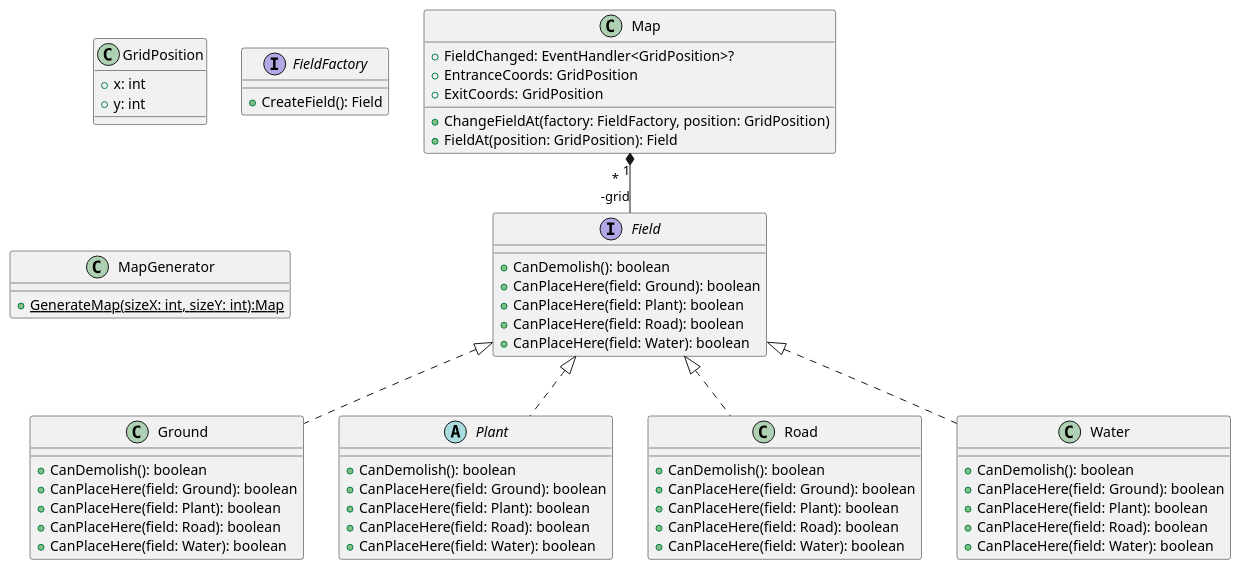
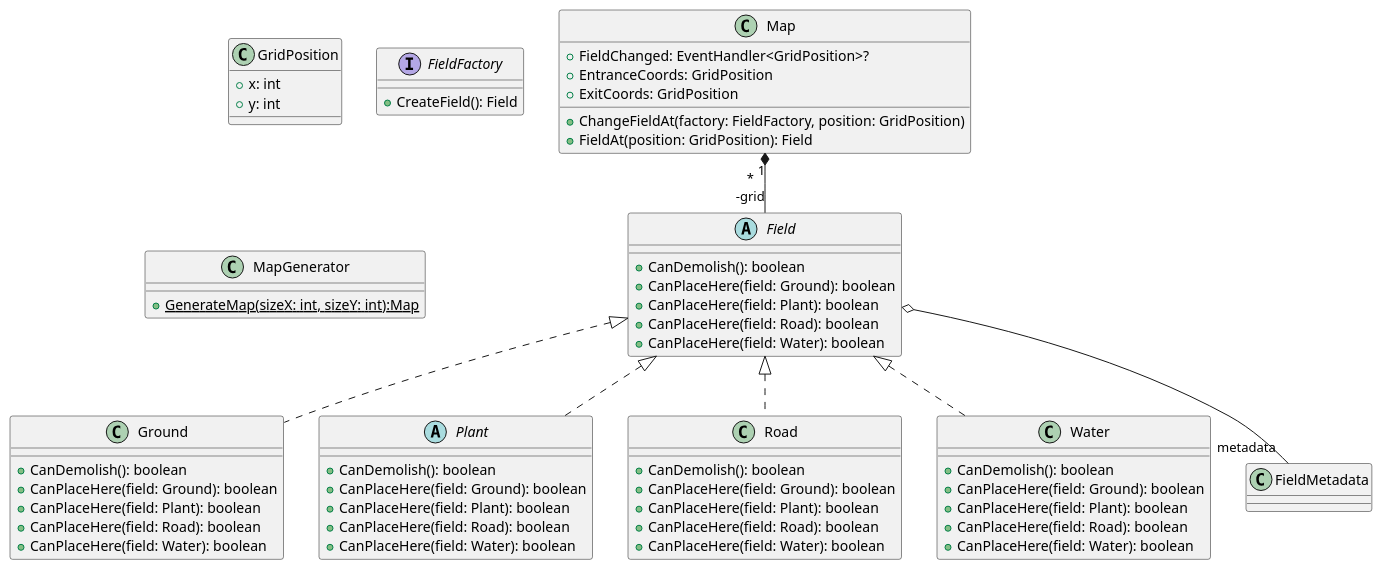
One commit to Peter-Balint/SafariGame changed the diagram in class-diagram/model/map.plantuml. Above: the diagram before and after it, drawn with PlantUML. The commit also changed 2 other files, not shown here.

```diff
--- a/class-diagram/model/map.plantuml
+++ b/class-diagram/model/map.plantuml
@@ -1,73 +1,74 @@
 @startuml mapUml
 class Map{
     +FieldChanged: EventHandler<GridPosition>?
     +EntranceCoords: GridPosition
     +ExitCoords: GridPosition
     +ChangeFieldAt(factory: FieldFactory, position: GridPosition)
     +FieldAt(position: GridPosition): Field
 }
 
 class GridPosition{
     +x: int
     +y: int
 }
 
-interface Field{
+abstract class Field{
     +CanDemolish(): boolean
     +CanPlaceHere(field: Ground): boolean
     +CanPlaceHere(field: Plant): boolean
     +CanPlaceHere(field: Road): boolean
     +CanPlaceHere(field: Water): boolean
 
 }
 
 class Ground{
     +CanDemolish(): boolean
     +CanPlaceHere(field: Ground): boolean
     +CanPlaceHere(field: Plant): boolean
     +CanPlaceHere(field: Road): boolean
     +CanPlaceHere(field: Water): boolean
 
 }
 
 abstract class Plant{
     +CanDemolish(): boolean
     +CanPlaceHere(field: Ground): boolean
     +CanPlaceHere(field: Plant): boolean
     +CanPlaceHere(field: Road): boolean
     +CanPlaceHere(field: Water): boolean
 
 }
 
 class Road{
     +CanDemolish(): boolean
     +CanPlaceHere(field: Ground): boolean
     +CanPlaceHere(field: Plant): boolean
     +CanPlaceHere(field: Road): boolean
     +CanPlaceHere(field: Water): boolean
 
 }
 
 class Water{
     +CanDemolish(): boolean
     +CanPlaceHere(field: Ground): boolean
     +CanPlaceHere(field: Plant): boolean
     +CanPlaceHere(field: Road): boolean
     +CanPlaceHere(field: Water): boolean
 }
 
 Map "1" *-- "*\n-grid" Field
 Field <|.. Ground
 Field <|.. Plant
 Field <|.. Road
 Field <|.. Water
+Field  o-- "metadata" FieldMetadata
 
 
 interface FieldFactory{
     +CreateField(): Field
 }
 
 class MapGenerator{
     +{static} GenerateMap(sizeX: int, sizeY: int):Map
 }
 @enduml
```
